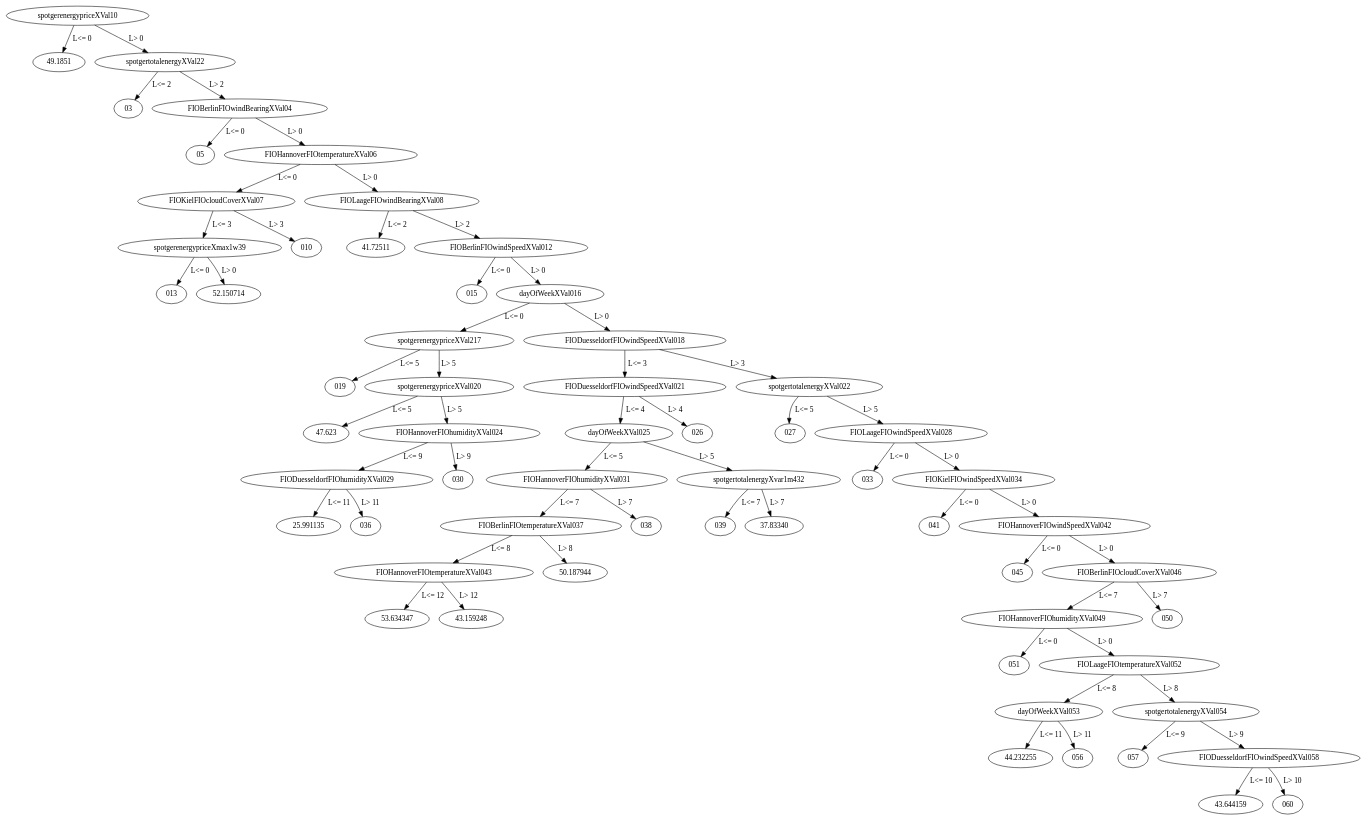
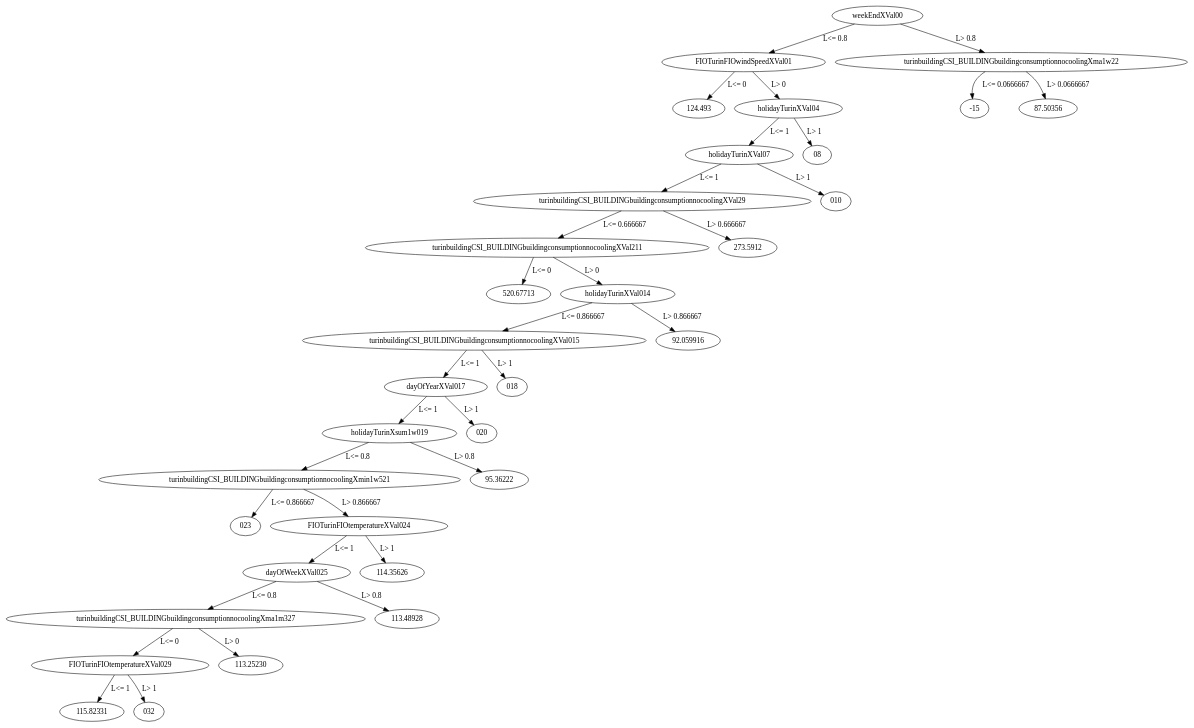
Before and after one commit to klemenkenda/nrg4mine: the diagram in sandbox/ht-16.gv, drawn with Graphviz. The commit also changed 33 other files, not shown here.

```diff
--- a/sandbox/ht-16.gv
+++ b/sandbox/ht-16.gv
@@ -1,62 +1,34 @@
 digraph dt_fig {
-	spotgerenergypriceXVal10 -> "49.1851" [label="L<= 0"];
-	spotgerenergypriceXVal10 -> spotgertotalenergyXVal22 [label="L> 0"];
-	spotgertotalenergyXVal22 -> "03" [label="L<= 2"];
-	spotgertotalenergyXVal22 -> FIOBerlinFIOwindBearingXVal04 [label="L> 2"];
-	FIOBerlinFIOwindBearingXVal04 -> "05" [label="L<= 0"];
-	FIOBerlinFIOwindBearingXVal04 -> FIOHannoverFIOtemperatureXVal06 [label="L> 0"];
-	FIOHannoverFIOtemperatureXVal06 -> FIOKielFIOcloudCoverXVal07 [label="L<= 0"];
-	FIOHannoverFIOtemperatureXVal06 -> FIOLaageFIOwindBearingXVal08 [label="L> 0"];
-	FIOKielFIOcloudCoverXVal07 -> spotgerenergypriceXmax1w39 [label="L<= 3"];
-	FIOKielFIOcloudCoverXVal07 -> "010" [label="L> 3"];
-	FIOLaageFIOwindBearingXVal08 -> "41.72511" [label="L<= 2"];
-	FIOLaageFIOwindBearingXVal08 -> FIOBerlinFIOwindSpeedXVal012 [label="L> 2"];
-	spotgerenergypriceXmax1w39 -> "013" [label="L<= 0"];
-	spotgerenergypriceXmax1w39 -> "52.150714" [label="L> 0"];
-	FIOBerlinFIOwindSpeedXVal012 -> "015" [label="L<= 0"];
-	FIOBerlinFIOwindSpeedXVal012 -> dayOfWeekXVal016 [label="L> 0"];
-	dayOfWeekXVal016 -> spotgerenergypriceXVal217 [label="L<= 0"];
-	dayOfWeekXVal016 -> FIODuesseldorfFIOwindSpeedXVal018 [label="L> 0"];
-	spotgerenergypriceXVal217 -> "019" [label="L<= 5"];
-	spotgerenergypriceXVal217 -> spotgerenergypriceXVal020 [label="L> 5"];
-	FIODuesseldorfFIOwindSpeedXVal018 -> FIODuesseldorfFIOwindSpeedXVal021 [label="L<= 3"];
-	FIODuesseldorfFIOwindSpeedXVal018 -> spotgertotalenergyXVal022 [label="L> 3"];
-	spotgerenergypriceXVal020 -> "47.623" [label="L<= 5"];
-	spotgerenergypriceXVal020 -> FIOHannoverFIOhumidityXVal024 [label="L> 5"];
-	FIODuesseldorfFIOwindSpeedXVal021 -> dayOfWeekXVal025 [label="L<= 4"];
-	FIODuesseldorfFIOwindSpeedXVal021 -> "026" [label="L> 4"];
-	spotgertotalenergyXVal022 -> "027" [label="L<= 5"];
-	spotgertotalenergyXVal022 -> FIOLaageFIOwindSpeedXVal028 [label="L> 5"];
-	FIOHannoverFIOhumidityXVal024 -> FIODuesseldorfFIOhumidityXVal029 [label="L<= 9"];
-	FIOHannoverFIOhumidityXVal024 -> "030" [label="L> 9"];
-	dayOfWeekXVal025 -> FIOHannoverFIOhumidityXVal031 [label="L<= 5"];
-	dayOfWeekXVal025 -> spotgertotalenergyXvar1m432 [label="L> 5"];
-	FIOLaageFIOwindSpeedXVal028 -> "033" [label="L<= 0"];
-	FIOLaageFIOwindSpeedXVal028 -> FIOKielFIOwindSpeedXVal034 [label="L> 0"];
-	FIODuesseldorfFIOhumidityXVal029 -> "25.991135" [label="L<= 11"];
-	FIODuesseldorfFIOhumidityXVal029 -> "036" [label="L> 11"];
-	FIOHannoverFIOhumidityXVal031 -> FIOBerlinFIOtemperatureXVal037 [label="L<= 7"];
-	FIOHannoverFIOhumidityXVal031 -> "038" [label="L> 7"];
-	spotgertotalenergyXvar1m432 -> "039" [label="L<= 7"];
-	spotgertotalenergyXvar1m432 -> "37.83340" [label="L> 7"];
-	FIOKielFIOwindSpeedXVal034 -> "041" [label="L<= 0"];
-	FIOKielFIOwindSpeedXVal034 -> FIOHannoverFIOwindSpeedXVal042 [label="L> 0"];
-	FIOBerlinFIOtemperatureXVal037 -> FIOHannoverFIOtemperatureXVal043 [label="L<= 8"];
-	FIOBerlinFIOtemperatureXVal037 -> "50.187944" [label="L> 8"];
-	FIOHannoverFIOwindSpeedXVal042 -> "045" [label="L<= 0"];
-	FIOHannoverFIOwindSpeedXVal042 -> FIOBerlinFIOcloudCoverXVal046 [label="L> 0"];
-	FIOHannoverFIOtemperatureXVal043 -> "53.634347" [label="L<= 12"];
-	FIOHannoverFIOtemperatureXVal043 -> "43.159248" [label="L> 12"];
-	FIOBerlinFIOcloudCoverXVal046 -> FIOHannoverFIOhumidityXVal049 [label="L<= 7"];
-	FIOBerlinFIOcloudCoverXVal046 -> "050" [label="L> 7"];
-	FIOHannoverFIOhumidityXVal049 -> "051" [label="L<= 0"];
-	FIOHannoverFIOhumidityXVal049 -> FIOLaageFIOtemperatureXVal052 [label="L> 0"];
-	FIOLaageFIOtemperatureXVal052 -> dayOfWeekXVal053 [label="L<= 8"];
-	FIOLaageFIOtemperatureXVal052 -> spotgertotalenergyXVal054 [label="L> 8"];
-	dayOfWeekXVal053 -> "44.232255" [label="L<= 11"];
-	dayOfWeekXVal053 -> "056" [label="L> 11"];
-	spotgertotalenergyXVal054 -> "057" [label="L<= 9"];
-	spotgertotalenergyXVal054 -> FIODuesseldorfFIOwindSpeedXVal058 [label="L> 9"];
-	FIODuesseldorfFIOwindSpeedXVal058 -> "43.644159" [label="L<= 10"];
-	FIODuesseldorfFIOwindSpeedXVal058 -> "060" [label="L> 10"];
+	weekEndXVal00 -> FIOTurinFIOwindSpeedXVal01 [label="L<= 0.8"];
+	weekEndXVal00 -> turinbuildingCSI_BUILDINGbuildingconsumptionnocoolingXma1w22 [label="L> 0.8"];
+	FIOTurinFIOwindSpeedXVal01 -> "124.493" [label="L<= 0"];
+	FIOTurinFIOwindSpeedXVal01 -> holidayTurinXVal04 [label="L> 0"];
+	turinbuildingCSI_BUILDINGbuildingconsumptionnocoolingXma1w22 -> "-15" [label="L<= 0.0666667"];
+	turinbuildingCSI_BUILDINGbuildingconsumptionnocoolingXma1w22 -> "87.50356" [label="L> 0.0666667"];
+	holidayTurinXVal04 -> holidayTurinXVal07 [label="L<= 1"];
+	holidayTurinXVal04 -> "08" [label="L> 1"];
+	holidayTurinXVal07 -> turinbuildingCSI_BUILDINGbuildingconsumptionnocoolingXVal29 [label="L<= 1"];
+	holidayTurinXVal07 -> "010" [label="L> 1"];
+	turinbuildingCSI_BUILDINGbuildingconsumptionnocoolingXVal29 -> turinbuildingCSI_BUILDINGbuildingconsumptionnocoolingXVal211 [label="L<= 0.666667"];
+	turinbuildingCSI_BUILDINGbuildingconsumptionnocoolingXVal29 -> "273.5912" [label="L> 0.666667"];
+	turinbuildingCSI_BUILDINGbuildingconsumptionnocoolingXVal211 -> "520.67713" [label="L<= 0"];
+	turinbuildingCSI_BUILDINGbuildingconsumptionnocoolingXVal211 -> holidayTurinXVal014 [label="L> 0"];
+	holidayTurinXVal014 -> turinbuildingCSI_BUILDINGbuildingconsumptionnocoolingXVal015 [label="L<= 0.866667"];
+	holidayTurinXVal014 -> "92.059916" [label="L> 0.866667"];
+	turinbuildingCSI_BUILDINGbuildingconsumptionnocoolingXVal015 -> dayOfYearXVal017 [label="L<= 1"];
+	turinbuildingCSI_BUILDINGbuildingconsumptionnocoolingXVal015 -> "018" [label="L> 1"];
+	dayOfYearXVal017 -> holidayTurinXsum1w019 [label="L<= 1"];
+	dayOfYearXVal017 -> "020" [label="L> 1"];
+	holidayTurinXsum1w019 -> turinbuildingCSI_BUILDINGbuildingconsumptionnocoolingXmin1w521 [label="L<= 0.8"];
+	holidayTurinXsum1w019 -> "95.36222" [label="L> 0.8"];
+	turinbuildingCSI_BUILDINGbuildingconsumptionnocoolingXmin1w521 -> "023" [label="L<= 0.866667"];
+	turinbuildingCSI_BUILDINGbuildingconsumptionnocoolingXmin1w521 -> FIOTurinFIOtemperatureXVal024 [label="L> 0.866667"];
+	FIOTurinFIOtemperatureXVal024 -> dayOfWeekXVal025 [label="L<= 1"];
+	FIOTurinFIOtemperatureXVal024 -> "114.35626" [label="L> 1"];
+	dayOfWeekXVal025 -> turinbuildingCSI_BUILDINGbuildingconsumptionnocoolingXma1m327 [label="L<= 0.8"];
+	dayOfWeekXVal025 -> "113.48928" [label="L> 0.8"];
+	turinbuildingCSI_BUILDINGbuildingconsumptionnocoolingXma1m327 -> FIOTurinFIOtemperatureXVal029 [label="L<= 0"];
+	turinbuildingCSI_BUILDINGbuildingconsumptionnocoolingXma1m327 -> "113.25230" [label="L> 0"];
+	FIOTurinFIOtemperatureXVal029 -> "115.82331" [label="L<= 1"];
+	FIOTurinFIOtemperatureXVal029 -> "032" [label="L> 1"];
 }
```
